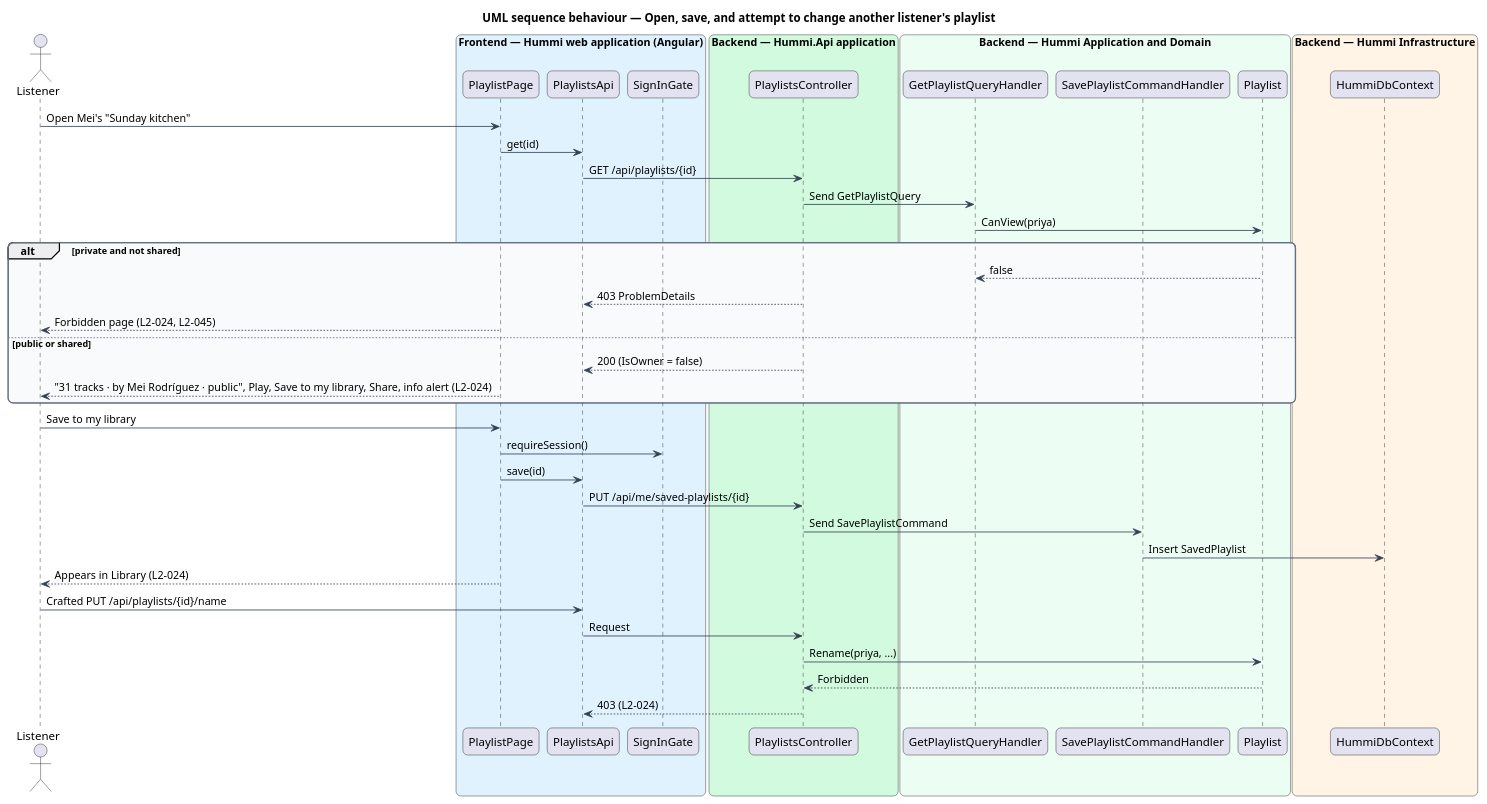
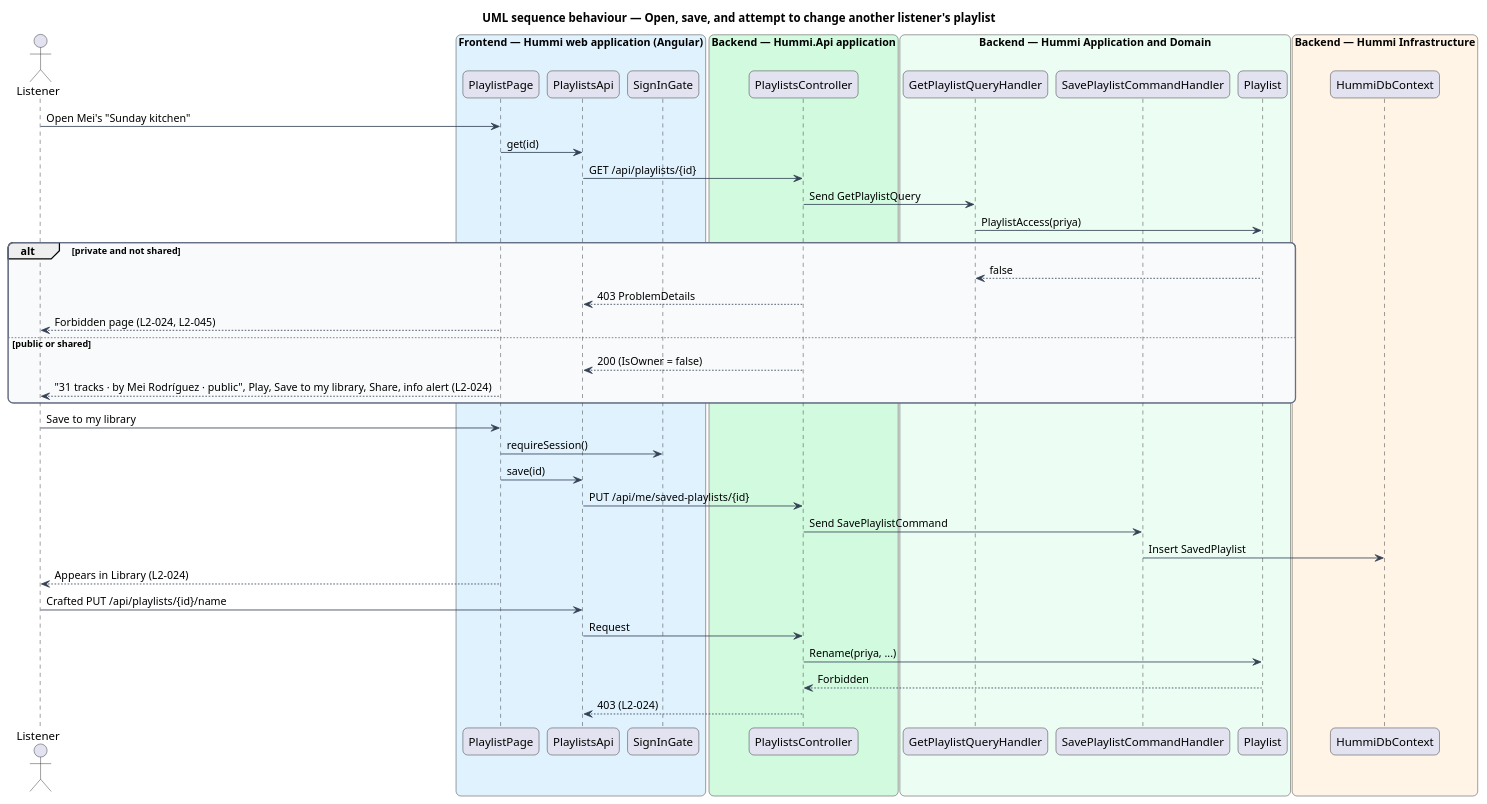
Before and after one commit to QuinntyneBrown/hummi: the diagram in docs/detailed-designs/library/view-others-playlist/diagrams/sequence-others.puml, drawn with PlantUML. The commit also changed 161 other files, not shown here.

```diff
--- a/docs/detailed-designs/library/view-others-playlist/diagrams/sequence-others.puml
+++ b/docs/detailed-designs/library/view-others-playlist/diagrams/sequence-others.puml
@@ -1,59 +1,59 @@
 @startuml
 title UML sequence behaviour — Open, save, and attempt to change another listener's playlist
 skinparam backgroundColor #FFFFFF
 skinparam shadowing false
 skinparam roundcorner 12
 skinparam defaultFontName Arial
 skinparam ArrowColor #344054
 skinparam rectangle {
   BorderColor #344054
   FontColor #101828
 }
 skinparam package {
   BorderColor #667085
   FontColor #101828
   BackgroundColor #F9FAFB
 }
 actor "Listener" as u
 box "Frontend — Hummi web application (Angular)" #E0F2FE
   participant "PlaylistPage" as page
   participant "PlaylistsApi" as client
   participant "SignInGate" as gate
 end box
 box "Backend — Hummi.Api application" #D1FADF
   participant "PlaylistsController" as ctl
 end box
 box "Backend — Hummi Application and Domain" #ECFDF3
   participant "GetPlaylistQueryHandler" as q
   participant "SavePlaylistCommandHandler" as save
   participant "Playlist" as pl
 end box
 box "Backend — Hummi Infrastructure" #FFF4E5
   participant "HummiDbContext" as ctx
 end box
 u -> page : Open Mei's "Sunday kitchen"
 page -> client : get(id)
 client -> ctl : GET /api/playlists/{id}
 ctl -> q : Send GetPlaylistQuery
-q -> pl : CanView(priya)
+q -> pl : PlaylistAccess(priya)
 alt private and not shared
   pl --> q : false
   ctl --> client : 403 ProblemDetails
   page --> u : Forbidden page (L2-024, L2-045)
 else public or shared
   ctl --> client : 200 (IsOwner = false)
   page --> u : "31 tracks · by Mei Rodríguez · public", Play, Save to my library, Share, info alert (L2-024)
 end
 u -> page : Save to my library
 page -> gate : requireSession()
 page -> client : save(id)
 client -> ctl : PUT /api/me/saved-playlists/{id}
 ctl -> save : Send SavePlaylistCommand
 save -> ctx : Insert SavedPlaylist
 page --> u : Appears in Library (L2-024)
 u -> client : Crafted PUT /api/playlists/{id}/name
 client -> ctl : Request
 ctl -> pl : Rename(priya, ...)
 pl --> ctl : Forbidden
 ctl --> client : 403 (L2-024)
 @enduml
```
